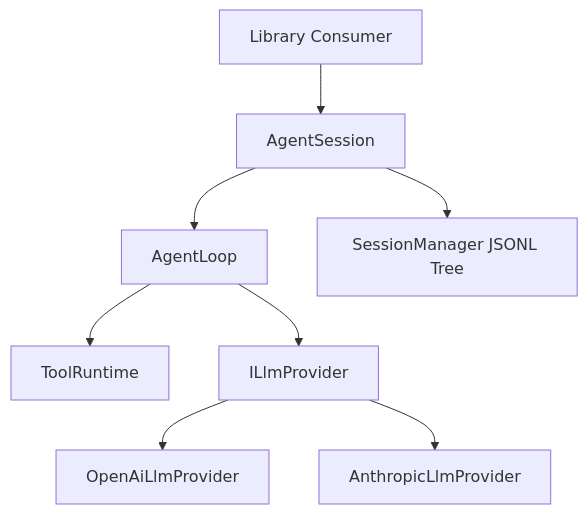
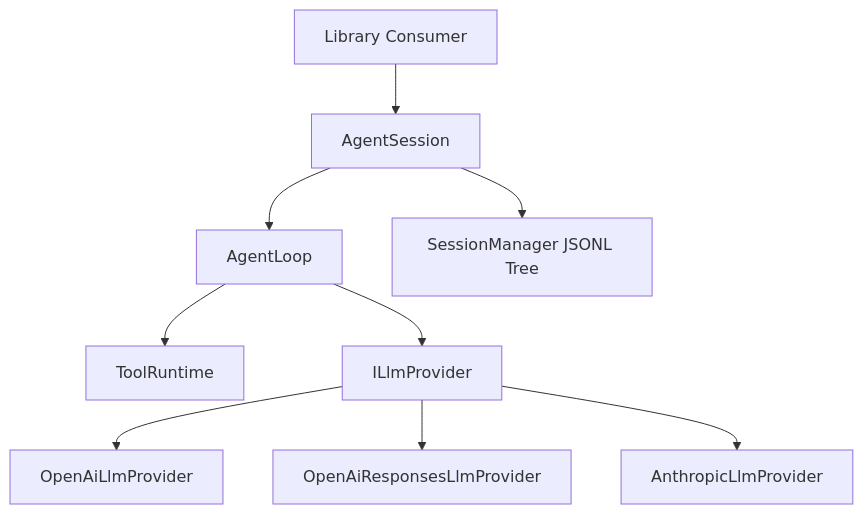
The diagram in docs/architecture.md (shyn/SharpAgent), drawn with Mermaid before and after one commit. The commit also changed other lines of this file and 4 other files, not shown here.

Commit message:
docs: refresh compatibility and architecture notes

````diff
--- a/docs/architecture.md
+++ b/docs/architecture.md
@@ -57,10 +58,11 @@
 ```mermaid
 graph TD
     App["Library Consumer"] --> Session["AgentSession"]
     Session --> Loop["AgentLoop"]
     Loop --> Runtime["ToolRuntime"]
     Loop --> Provider["ILlmProvider"]
-    Provider --> OpenAI["OpenAiLlmProvider"]
+    Provider --> OpenAICompletions["OpenAiLlmProvider"]
+    Provider --> OpenAIResponses["OpenAiResponsesLlmProvider"]
     Provider --> Anthropic["AnthropicLlmProvider"]
     Session --> Store["SessionManager JSONL Tree"]
 ```
````
